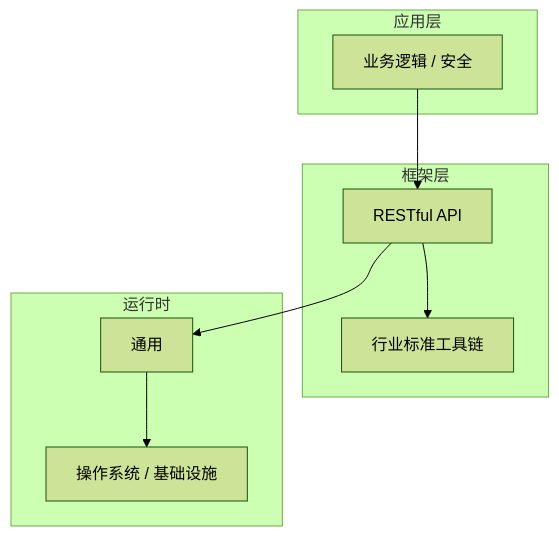
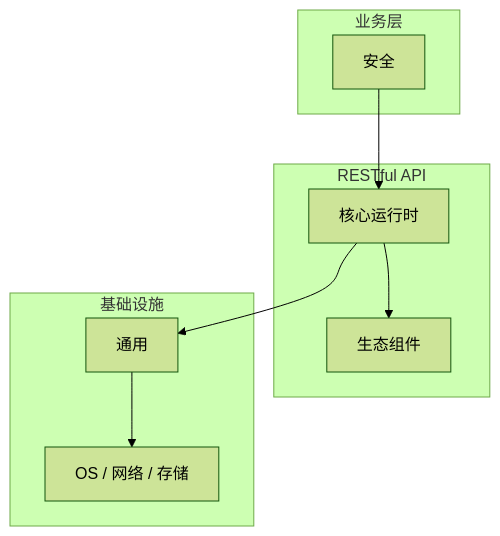
Before and after one commit to yanggan2015/knowledge-json-v2: the diagram in articles/RESTful API/chapters/085-安全核心概念与原理.md, drawn with Mermaid (forest theme). The commit also changed other lines of this file and 10127 other files, not shown here.

````diff
--- a/articles/RESTful API/chapters/085-安全核心概念与原理.md
+++ b/articles/RESTful API/chapters/085-安全核心概念与原理.md
@@ -45,18 +34,18 @@
 ```mermaid
 graph TB
-    subgraph 应用层
-        A[业务逻辑 / 安全]
+    subgraph 业务层
+        A[安全]
     end
-    subgraph 框架层
-        B[RESTful API]
-        C[行业标准工具链]
+    subgraph RESTful API
+        B[核心运行时]
+        C[生态组件]
     end
-    subgraph 运行时
+    subgraph 基础设施
         D[通用]
-        E[操作系统 / 基础设施]
+        E[OS / 网络 / 存储]
     end
     A --> B
     B --> C
     B --> D
     D --> E
 ```
````
